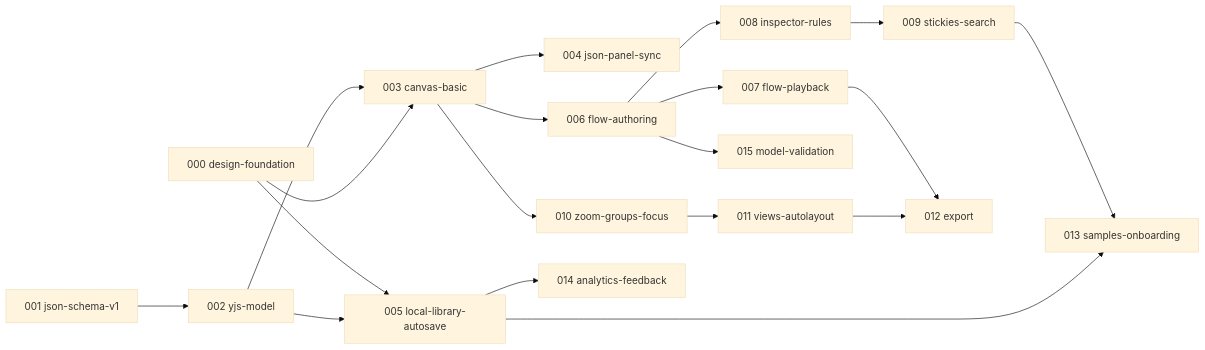
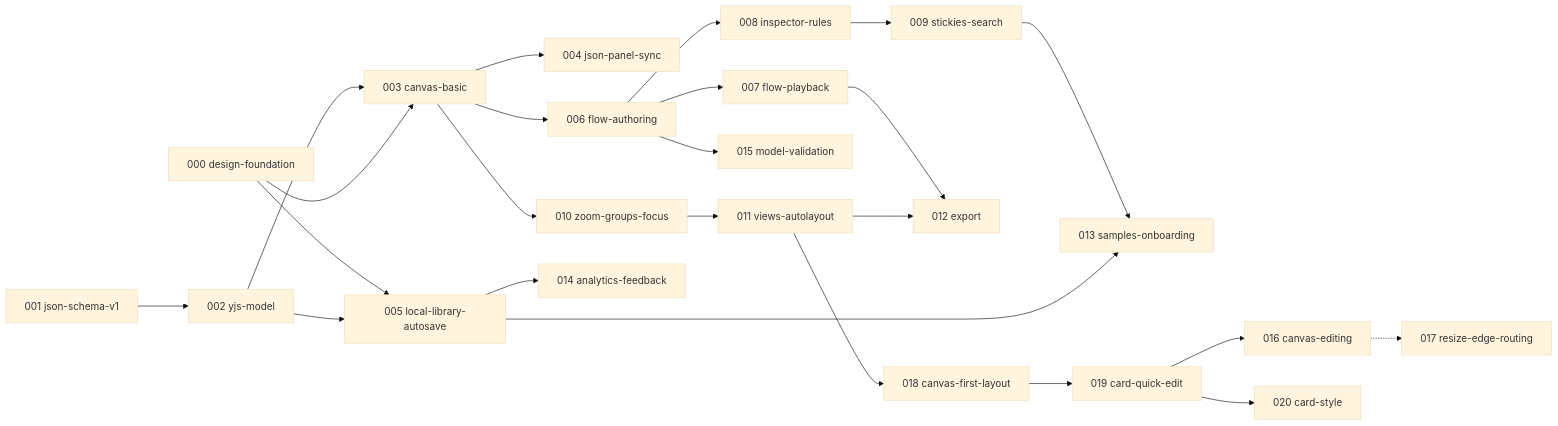
The diagram in docs/backlog.md (FamManh/sododeck), drawn with Mermaid (base theme) before and after one commit. The commit also changed other lines of this file and 19 other files, not shown here.

````diff
--- a/docs/backlog.md
+++ b/docs/backlog.md
@@ -39,34 +45,43 @@
 ```mermaid
 flowchart LR
   F000[000 design-foundation]
   F001[001 json-schema-v1]
   F002[002 yjs-model]
   F003[003 canvas-basic]
   F004[004 json-panel-sync]
   F005[005 local-library-autosave]
   F006[006 flow-authoring]
   F007[007 flow-playback]
   F008[008 inspector-rules]
   F015[015 model-validation]
   F009[009 stickies-search]
   F010[010 zoom-groups-focus]
   F011[011 views-autolayout]
   F012[012 export]
   F013[013 samples-onboarding]
   F014[014 analytics-feedback]
+  F016[016 canvas-editing]
+  F017[017 resize-edge-routing]
+  F018[018 canvas-first-layout]
+  F019[019 card-quick-edit]
+  F020[020 card-style]
 
   F001 --> F002 --> F003
   F000 --> F003
   F000 --> F005
   F002 --> F005
   F003 --> F004
   F003 --> F006 --> F007
   F006 --> F008 --> F009
   F006 --> F015
   F003 --> F010 --> F011
   F007 --> F012
   F011 --> F012
   F009 --> F013
   F005 --> F013
   F005 --> F014
+  F011 --> F018 --> F019
+  F019 --> F016
+  F016 -.-> F017
+  F019 --> F020
 ```
````
